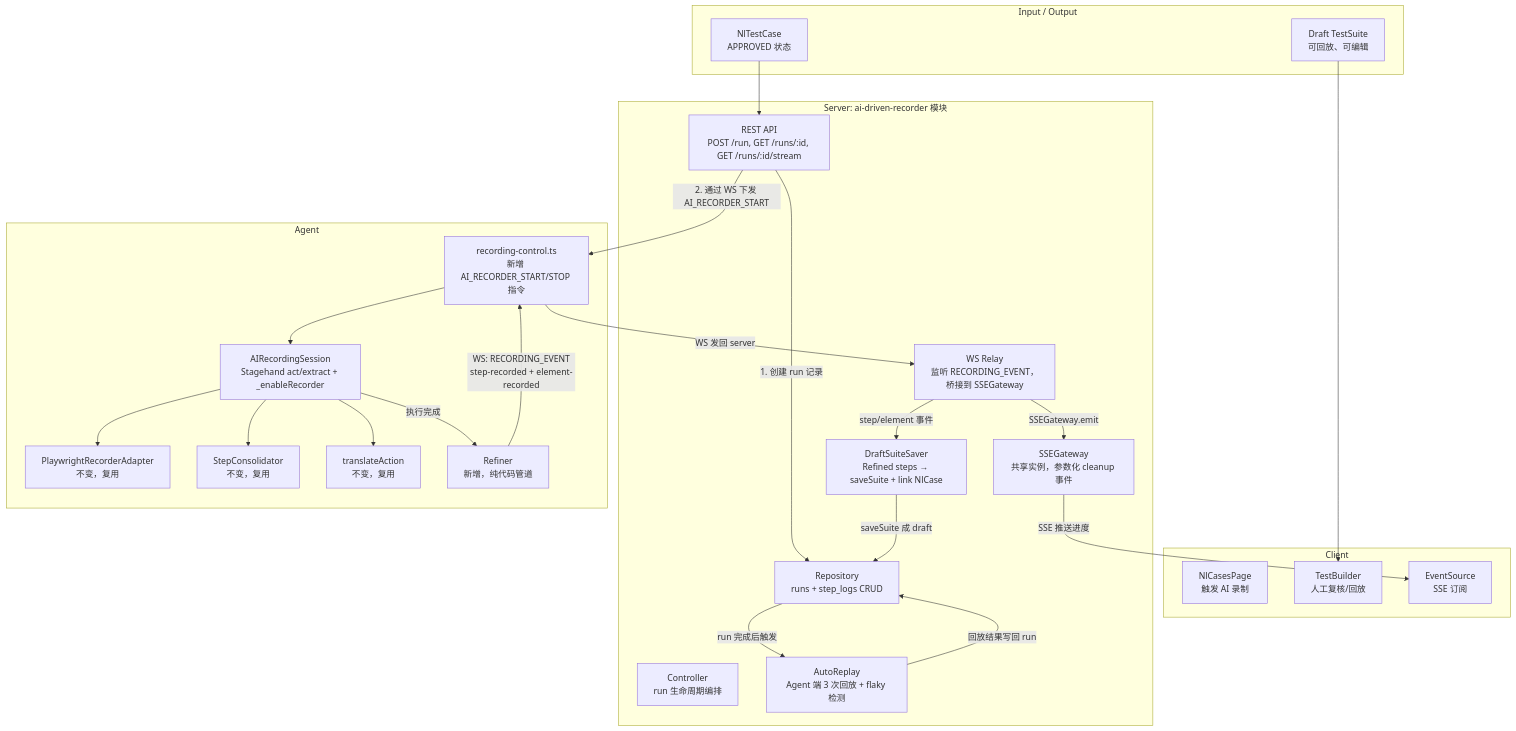
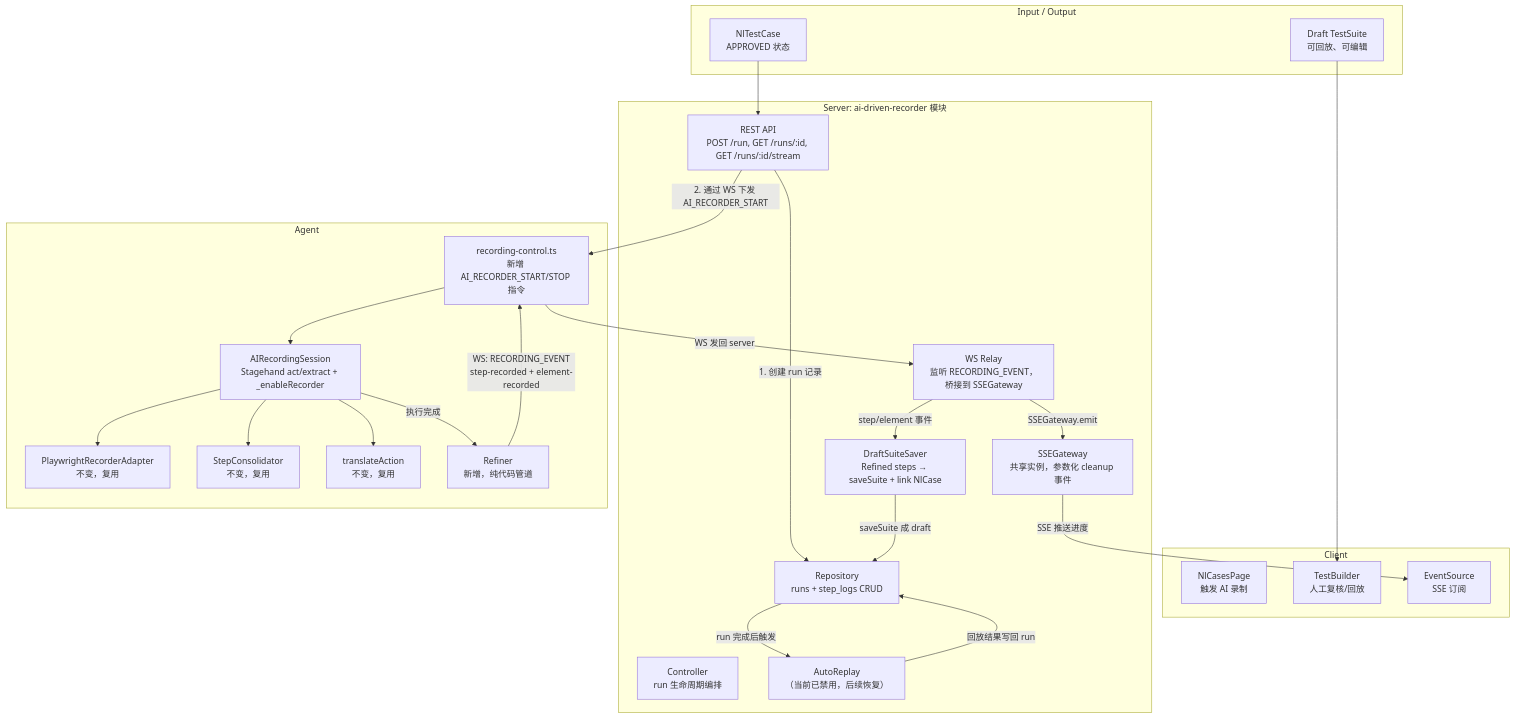
Before and after one commit to huangsx0213/e2e_test: the first of 3 diagrams in docs/05-AIDrivenRecordingEngine.md, drawn with Mermaid. The commit also changed other lines of this file and 49 other files, not shown here.

````diff
--- a/docs/05-AIDrivenRecordingEngine.md
+++ b/docs/05-AIDrivenRecordingEngine.md
@@ -18,50 +18,50 @@
 ```mermaid
 graph TB
     subgraph "Client"
         UI[NlCasesPage<br/>触发 AI 录制]
         TB[TestBuilder<br/>人工复核/回放]
         SSE_CLIENT[EventSource<br/>SSE 订阅]
     end
 
     subgraph "Server: ai-driven-recorder 模块"
         API[REST API<br/>POST /run, GET /runs/:id, GET /runs/:id/stream]
         CTRL[Controller<br/>run 生命周期编排]
         REPO[Repository<br/>runs + step_logs CRUD]
         SSE_GATEWAY[SSEGateway<br/>共享实例，参数化 cleanup 事件]
         WS_RELAY[WS Relay<br/>监听 RECORDING_EVENT，桥接到 SSEGateway]
         DRAFT_SAVER[DraftSuiteSaver<br/>Refined steps → saveSuite + link NlCase]
-        REPLAY[AutoReplay<br/>Agent 端 3 次回放 + flaky 检测]
+        REPLAY[AutoReplay<br/>（当前已禁用，后续恢复）]
     end
 
     subgraph "Agent"
         WS_HANDLER[recording-control.ts<br/>新增 AI_RECORDER_START/STOP 指令]
         SESSION[AIRecordingSession<br/>Stagehand act/extract + _enableRecorder]
         ADAPTER[PlaywrightRecorderAdapter<br/>不变，复用]
         CONSOL[StepConsolidator<br/>不变，复用]
         TRANSL[translateAction<br/>不变，复用]
         REFINE[Refiner<br/>新增，纯代码管道]
     end
 
     subgraph "Input / Output"
         NL[NlTestCase<br/>APPROVED 状态]
         SUITE[Draft TestSuite<br/>可回放、可编辑]
     end
 
     NL --> API
     API -->|1. 创建 run 记录| REPO
     API -->|2. 通过 WS 下发 AI_RECORDER_START| WS_HANDLER
     WS_HANDLER --> SESSION
     SESSION --> ADAPTER
     SESSION --> CONSOL
     SESSION --> TRANSL
     SESSION -->|执行完成| REFINE
     REFINE -->|WS: RECORDING_EVENT<br/>step-recorded + element-recorded| WS_HANDLER
     WS_HANDLER -->|WS 发回 server| WS_RELAY
     WS_RELAY -->|SSEGateway.emit| SSE_GATEWAY
     SSE_GATEWAY -->|SSE 推送进度| SSE_CLIENT
     WS_RELAY -->|step/element 事件| DRAFT_SAVER
     DRAFT_SAVER -->|saveSuite 成 draft| REPO
     REPO -->|run 完成后触发| REPLAY
     REPLAY -->|回放结果写回 run| REPO
     SUITE --> TB
 ```
````
